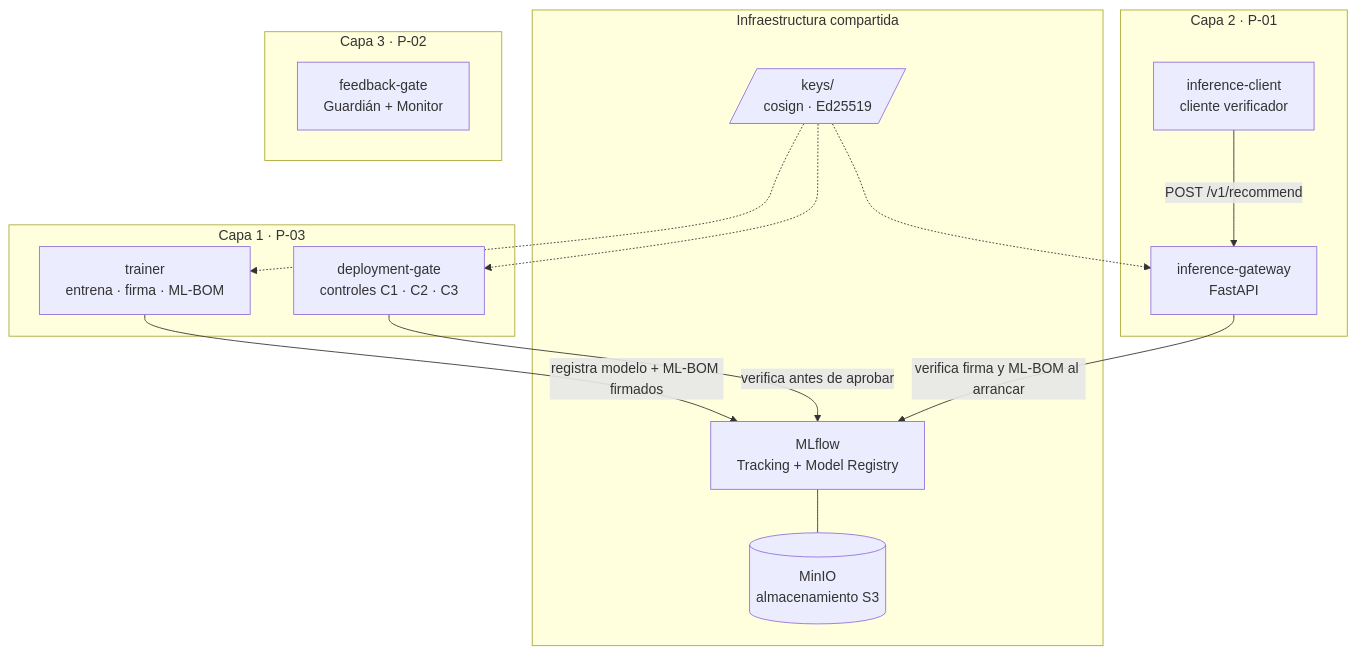
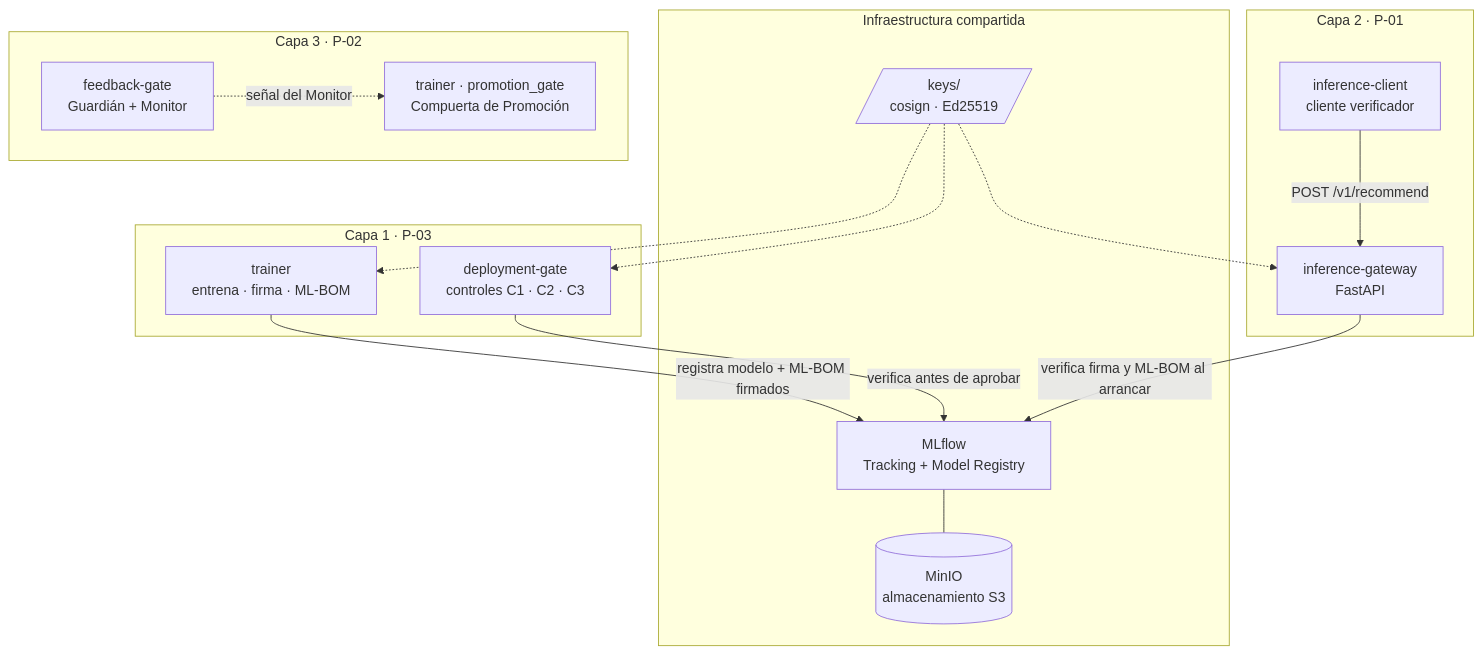
The second of 4 diagrams in README.md (nromeron/Prototipo-RecoShop), drawn with Mermaid before and after one commit. The commit also changed other lines of this file and 19 other files, not shown here.

Commit message:
Capa 3: Compuerta de Promoción del Modelo Reentrenado; bitácoras versionadas

````diff
--- a/README.md
+++ b/README.md
@@ -84,31 +84,33 @@
 ```mermaid
 flowchart TB
     subgraph INFRA["Infraestructura compartida"]
         MINIO[("MinIO<br/>almacenamiento S3")]
         MLFLOW["MLflow<br/>Tracking + Model Registry"]
         KEYS[/"keys/<br/>cosign · Ed25519"/]
         MLFLOW --- MINIO
     end
 
     subgraph L1["Capa 1 · P-03"]
         TRAINER["trainer<br/>entrena · firma · ML-BOM"]
         GATE["deployment-gate<br/>controles C1 · C2 · C3"]
     end
 
     subgraph L2["Capa 2 · P-01"]
         GW["inference-gateway<br/>FastAPI"]
         CLIENT["inference-client<br/>cliente verificador"]
     end
 
     subgraph L3["Capa 3 · P-02"]
         FB["feedback-gate<br/>Guardián + Monitor"]
+        PG["trainer · promotion_gate<br/>Compuerta de Promoción"]
     end
 
     TRAINER -- "registra modelo + ML-BOM firmados" --> MLFLOW
     GATE -- "verifica antes de aprobar" --> MLFLOW
     GW -- "verifica firma y ML-BOM al arrancar" --> MLFLOW
     CLIENT -- "POST /v1/recommend" --> GW
+    FB -. "señal del Monitor" .-> PG
     KEYS -.-> TRAINER
     KEYS -.-> GATE
     KEYS -.-> GW
 ```
````
